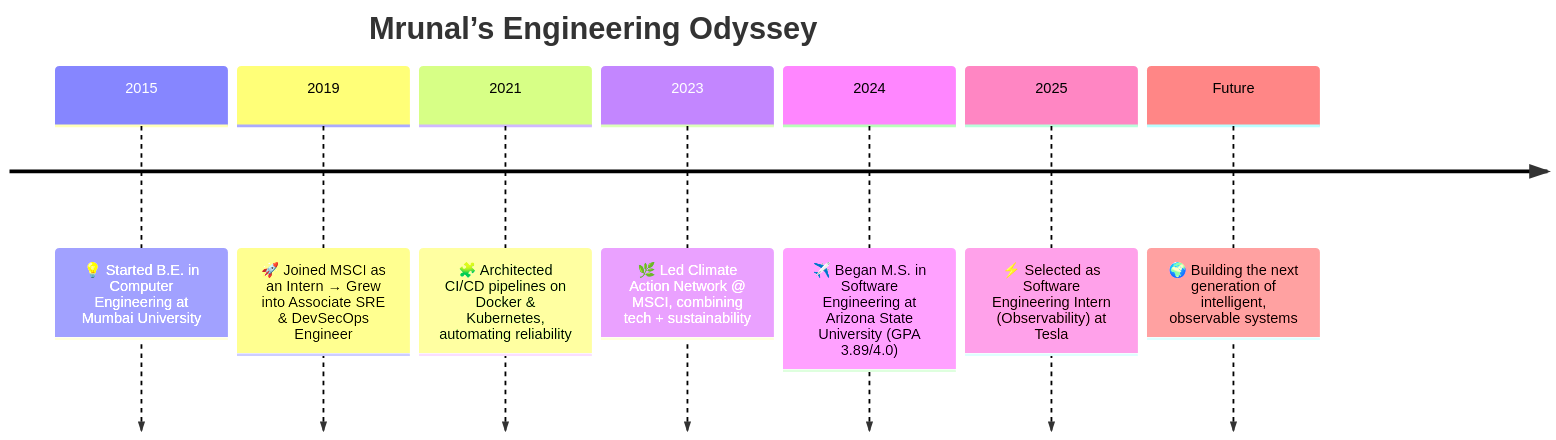
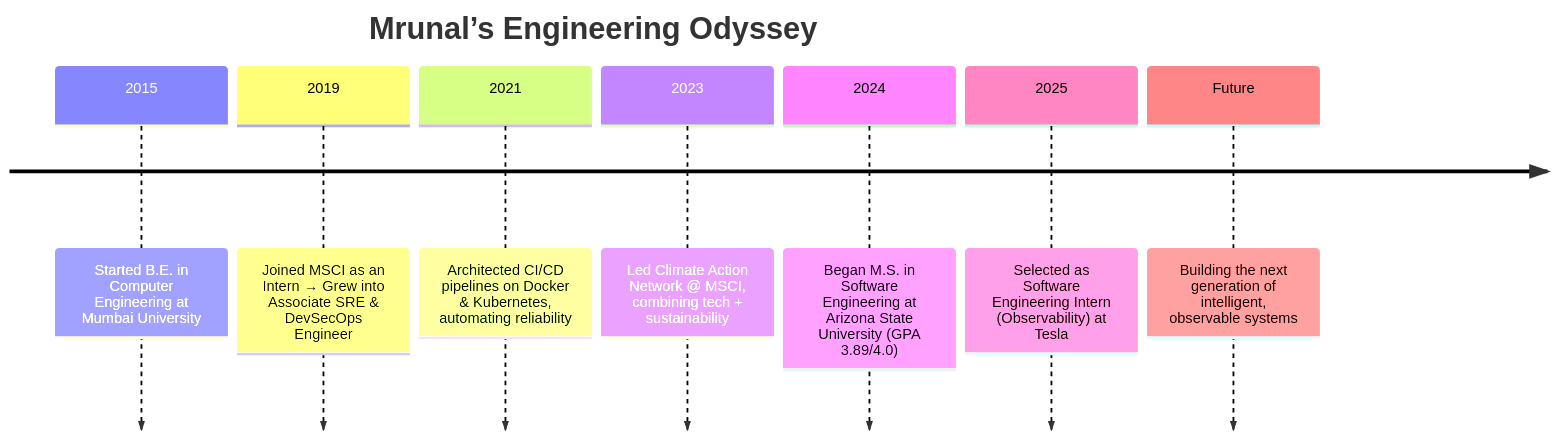
The diagram in README.md (Mrunal2148/Mrunal2148), drawn with Mermaid before and after one commit. The commit also changed other lines of this file, not shown here.

````diff
--- a/README.md
+++ b/README.md
@@ -18,11 +18,11 @@
 ```mermaid
 timeline
     title Mrunal’s Engineering Odyssey
-    2015 : 💡 Started B.E. in Computer Engineering at Mumbai University
-    2019 : 🚀 Joined MSCI as an Intern → Grew into Associate SRE & DevSecOps Engineer
-    2021 : 🧩 Architected CI/CD pipelines on Docker & Kubernetes, automating reliability
-    2023 : 🌿 Led Climate Action Network @ MSCI, combining tech + sustainability
-    2024 : ✈️ Began M.S. in Software Engineering at Arizona State University (GPA 3.89/4.0)
-    2025 : ⚡ Selected as Software Engineering Intern (Observability) at Tesla
-    Future : 🌍 Building the next generation of intelligent, observable systems
+    2015 :  Started B.E. in Computer Engineering at Mumbai University
+    2019 :  Joined MSCI as an Intern → Grew into Associate SRE & DevSecOps Engineer
+    2021 :  Architected CI/CD pipelines on Docker & Kubernetes, automating reliability
+    2023 :  Led Climate Action Network @ MSCI, combining tech + sustainability
+    2024 :  Began M.S. in Software Engineering at Arizona State University (GPA 3.89/4.0)
+    2025 :  Selected as Software Engineering Intern (Observability) at Tesla
+    Future :  Building the next generation of intelligent, observable systems
 ```
````
